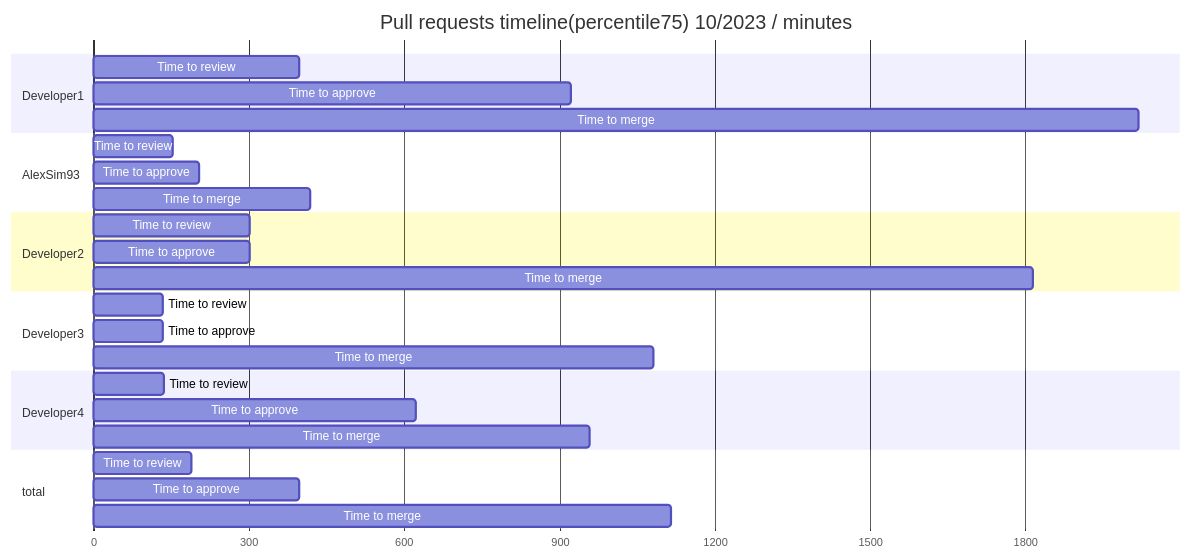
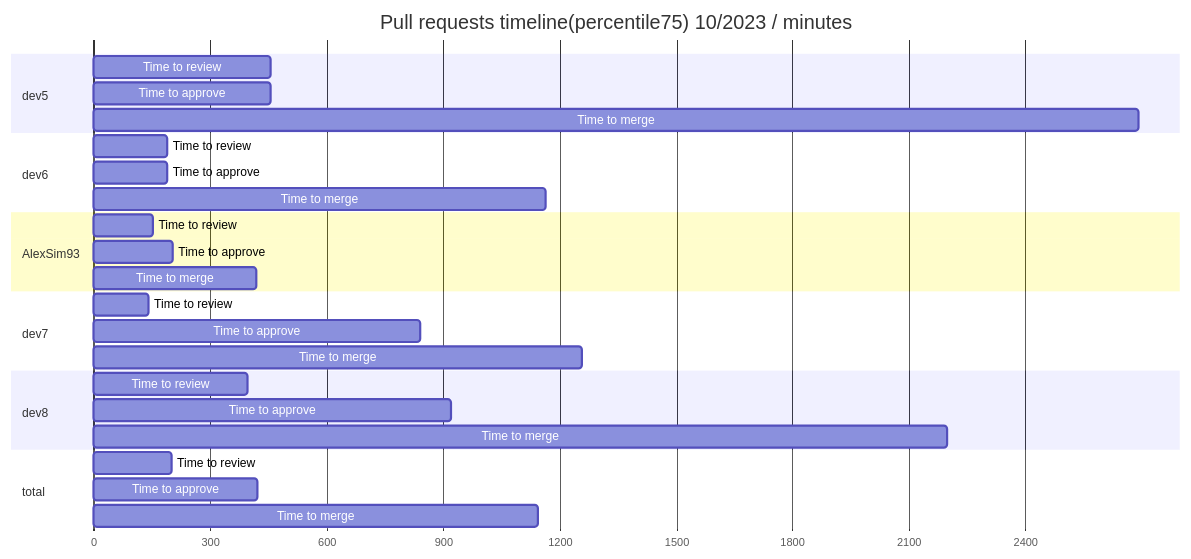
Before and after one commit to AlexSim93/pull-request-analytics-action: the eighth of 28 diagrams in examples/periodReport.md, drawn with Mermaid. The commit also changed other lines of this file, not shown here.

````diff
--- a/examples/periodReport.md
+++ b/examples/periodReport.md
@@ -302,36 +177,36 @@
 ```mermaid
 gantt
 title Pull requests timeline(percentile75) 10/2023 / minutes
 dateFormat X
 axisFormat %s
-section Developer1
-                Time to review :  0, 397
-Time to approve :  0, 921
-Time to merge :  0, 2018
+section dev5
+                Time to review :  0, 457
+Time to approve :  0, 457
+Time to merge :  0, 2691
+
+section dev6
+                Time to review :  0, 189
+Time to approve :  0, 189
+Time to merge :  0, 1163
 
 section AlexSim93
                 Time to review :  0, 152
 Time to approve :  0, 204
 Time to merge :  0, 418
 
-section Developer2
-                Time to review :  0, 301
-Time to approve :  0, 301
-Time to merge :  0, 1814
+section dev7
+                Time to review :  0, 143
+Time to approve :  0, 840
+Time to merge :  0, 1257
 
-section Developer3
-                Time to review :  0, 133
-Time to approve :  0, 133
-Time to merge :  0, 1081
-
-section Developer4
-                Time to review :  0, 137
-Time to approve :  0, 622
-Time to merge :  0, 959
+section dev8
+                Time to review :  0, 397
+Time to approve :  0, 921
+Time to merge :  0, 2199
 
 section total
-                Time to review :  0, 189
-Time to approve :  0, 397
-Time to merge :  0, 1116
+                Time to review :  0, 200
+Time to approve :  0, 423
+Time to merge :  0, 1145
 
 ```
````
